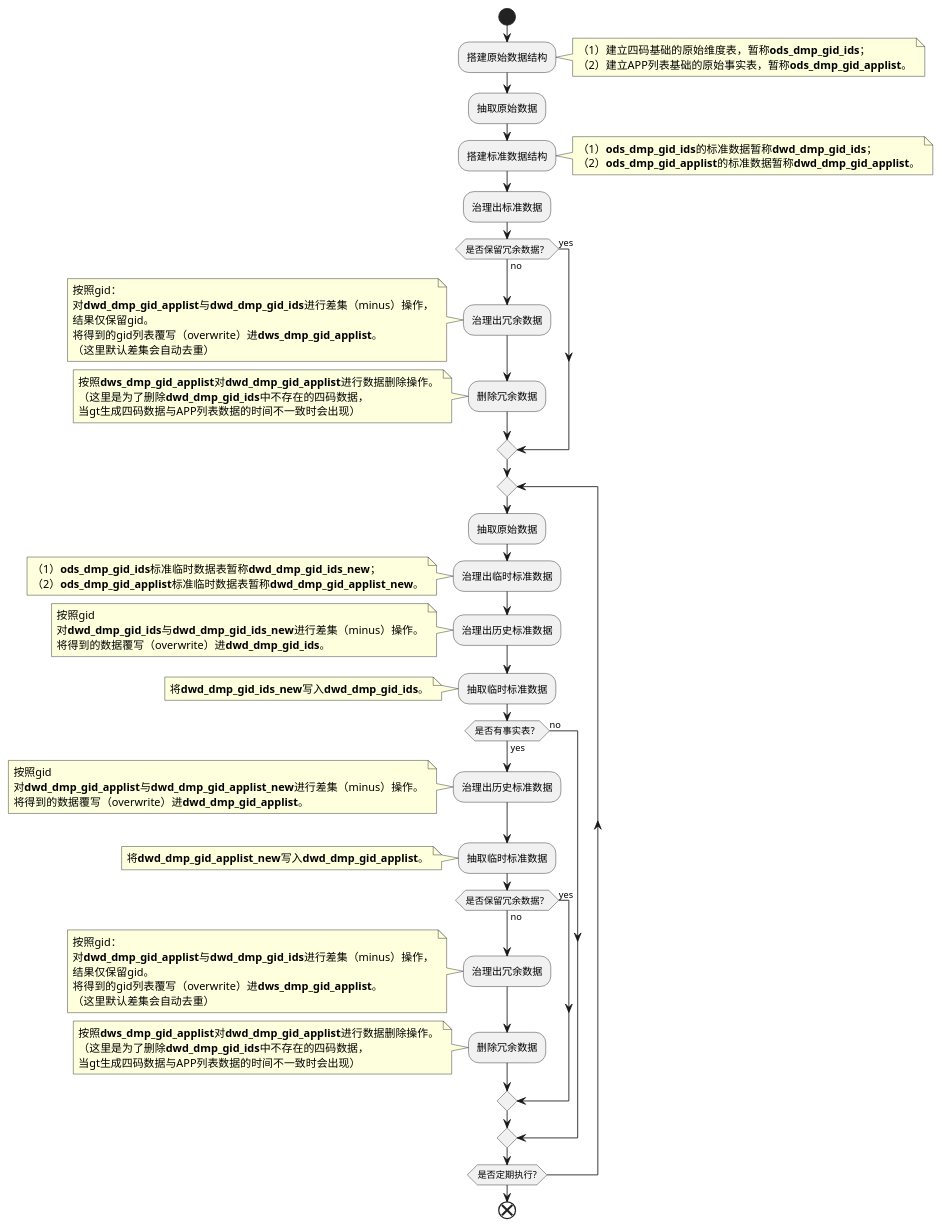
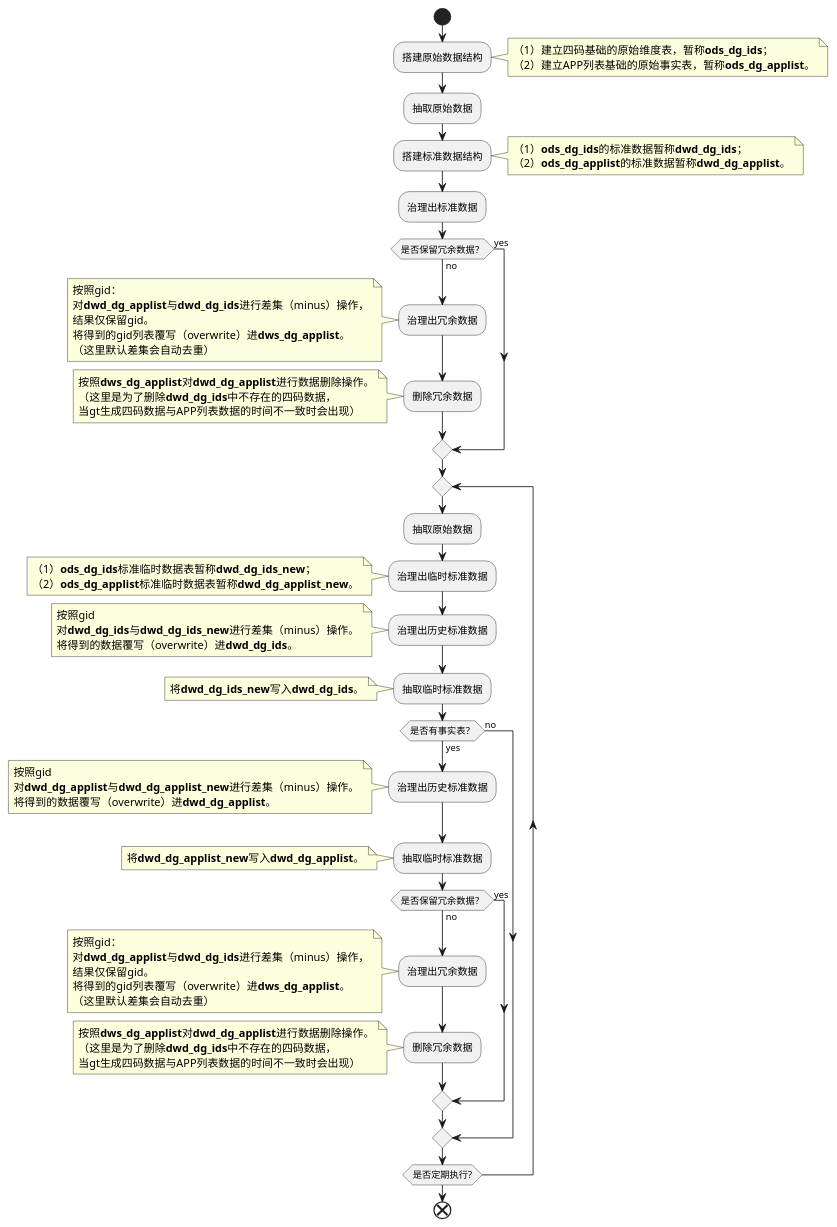
The diagram in other/数据治理流程图.wsd (igamenine/study), drawn with PlantUML before and after one commit. The commit also changed 6 other files, not shown here.

```diff
--- a/other/数据治理流程图.wsd
+++ b/other/数据治理流程图.wsd
@@ -1,81 +1,81 @@
 @startuml
 start
 :搭建原始数据结构;
 note right
-（1）建立四码基础的原始维度表，暂称**ods_dmp_gid_ids**；
-（2）建立APP列表基础的原始事实表，暂称**ods_dmp_gid_applist**。
+（1）建立四码基础的原始维度表，暂称**ods_dg_ids**；
+（2）建立APP列表基础的原始事实表，暂称**ods_dg_applist**。
 end note
 :抽取原始数据;
 :搭建标准数据结构;
 note right
-（1）**ods_dmp_gid_ids**的标准数据暂称**dwd_dmp_gid_ids**；
-（2）**ods_dmp_gid_applist**的标准数据暂称**dwd_dmp_gid_applist**。
+（1）**ods_dg_ids**的标准数据暂称**dwd_dg_ids**；
+（2）**ods_dg_applist**的标准数据暂称**dwd_dg_applist**。
 end note
 :治理出标准数据;
 if (是否保留冗余数据？) then (yes)
 else (no)
 :治理出冗余数据;
 note left
 按照gid：
-对**dwd_dmp_gid_applist**与**dwd_dmp_gid_ids**进行差集（minus）操作，
+对**dwd_dg_applist**与**dwd_dg_ids**进行差集（minus）操作，
 结果仅保留gid。
-将得到的gid列表覆写（overwrite）进**dws_dmp_gid_applist**。
+将得到的gid列表覆写（overwrite）进**dws_dg_applist**。
 （这里默认差集会自动去重）
 end note
 :删除冗余数据;
 note left
-按照**dws_dmp_gid_applist**对**dwd_dmp_gid_applist**进行数据删除操作。
-（这里是为了删除**dwd_dmp_gid_ids**中不存在的四码数据，
+按照**dws_dg_applist**对**dwd_dg_applist**进行数据删除操作。
+（这里是为了删除**dwd_dg_ids**中不存在的四码数据，
 当gt生成四码数据与APP列表数据的时间不一致时会出现）
 end note
 endif
 repeat
 :抽取原始数据;
 :治理出临时标准数据;
 note left
-（1）**ods_dmp_gid_ids**标准临时数据表暂称**dwd_dmp_gid_ids_new**；
-（2）**ods_dmp_gid_applist**标准临时数据表暂称**dwd_dmp_gid_applist_new**。
+（1）**ods_dg_ids**标准临时数据表暂称**dwd_dg_ids_new**；
+（2）**ods_dg_applist**标准临时数据表暂称**dwd_dg_applist_new**。
 end note
 :治理出历史标准数据;
 note left
 按照gid
-对**dwd_dmp_gid_ids**与**dwd_dmp_gid_ids_new**进行差集（minus）操作。
-将得到的数据覆写（overwrite）进**dwd_dmp_gid_ids**。
+对**dwd_dg_ids**与**dwd_dg_ids_new**进行差集（minus）操作。
+将得到的数据覆写（overwrite）进**dwd_dg_ids**。
 end note
 :抽取临时标准数据;
 note left
-将**dwd_dmp_gid_ids_new**写入**dwd_dmp_gid_ids**。
+将**dwd_dg_ids_new**写入**dwd_dg_ids**。
 end note
 if(是否有事实表？) then (yes)
 :治理出历史标准数据;
 note left
 按照gid
-对**dwd_dmp_gid_applist**与**dwd_dmp_gid_applist_new**进行差集（minus）操作。
-将得到的数据覆写（overwrite）进**dwd_dmp_gid_applist**。
+对**dwd_dg_applist**与**dwd_dg_applist_new**进行差集（minus）操作。
+将得到的数据覆写（overwrite）进**dwd_dg_applist**。
 end note
 :抽取临时标准数据;
 note left
-将**dwd_dmp_gid_applist_new**写入**dwd_dmp_gid_applist**。
+将**dwd_dg_applist_new**写入**dwd_dg_applist**。
 end note
 if (是否保留冗余数据？) then (yes)
 else (no)
 :治理出冗余数据;
 note left
 按照gid：
-对**dwd_dmp_gid_applist**与**dwd_dmp_gid_ids**进行差集（minus）操作，
+对**dwd_dg_applist**与**dwd_dg_ids**进行差集（minus）操作，
 结果仅保留gid。
-将得到的gid列表覆写（overwrite）进**dws_dmp_gid_applist**。
+将得到的gid列表覆写（overwrite）进**dws_dg_applist**。
 （这里默认差集会自动去重）
 end note
 :删除冗余数据;
 note left
-按照**dws_dmp_gid_applist**对**dwd_dmp_gid_applist**进行数据删除操作。
-（这里是为了删除**dwd_dmp_gid_ids**中不存在的四码数据，
+按照**dws_dg_applist**对**dwd_dg_applist**进行数据删除操作。
+（这里是为了删除**dwd_dg_ids**中不存在的四码数据，
 当gt生成四码数据与APP列表数据的时间不一致时会出现）
 end note
 endif
 else (no)
 endif
 repeat while (是否定期执行?)
 end
 @enduml
```
